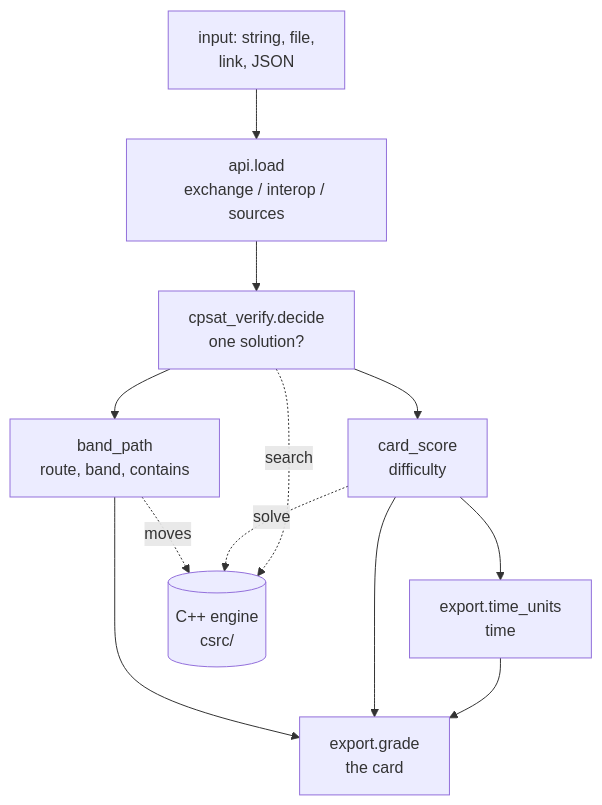
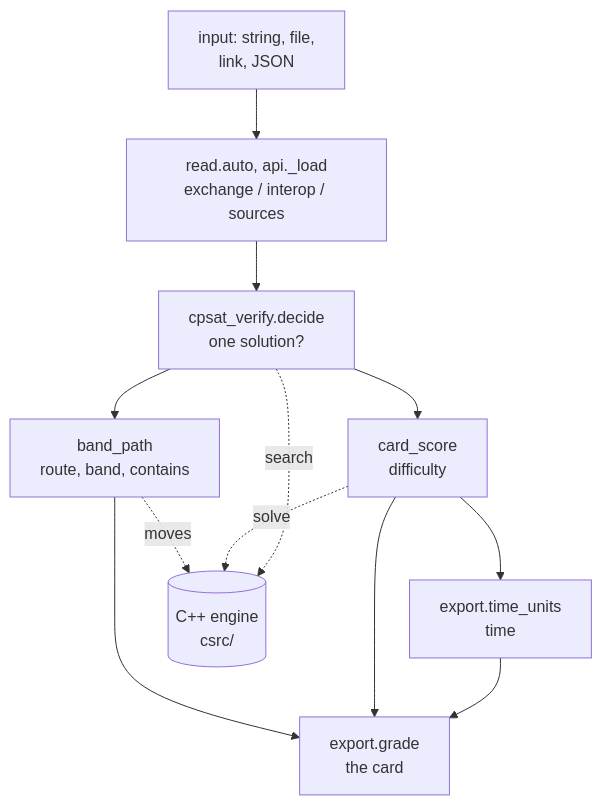
Before and after one commit to silly-puppyy/pencilmark: the first of 2 diagrams in ARCHITECTURE.md, drawn with Mermaid. The commit also changed other lines of this file and 55 other files, not shown here.

````diff
--- a/ARCHITECTURE.md
+++ b/ARCHITECTURE.md
@@ -10,14 +10,14 @@
 ```mermaid
 flowchart TD
-  IN[input: string, file,<br/>link, JSON] --> LOAD[api.load<br/>exchange / interop / sources]
+  IN[input: string, file,<br/>link, JSON] --> LOAD[read.auto, api._load<br/>exchange / interop / sources]
   LOAD --> UNI[cpsat_verify.decide<br/>one solution?]
   UNI --> BP[band_path<br/>route, band, contains]
   UNI --> CS[card_score<br/>difficulty]
   CS --> TM[export.time_units<br/>time]
   BP --> CARD[export.grade<br/>the card]
   CS --> CARD
   TM --> CARD
   BP -. moves .-> ENG[(C++ engine<br/>csrc/)]
   CS -. solve .-> ENG
   UNI -. search .-> ENG
 ```
````
